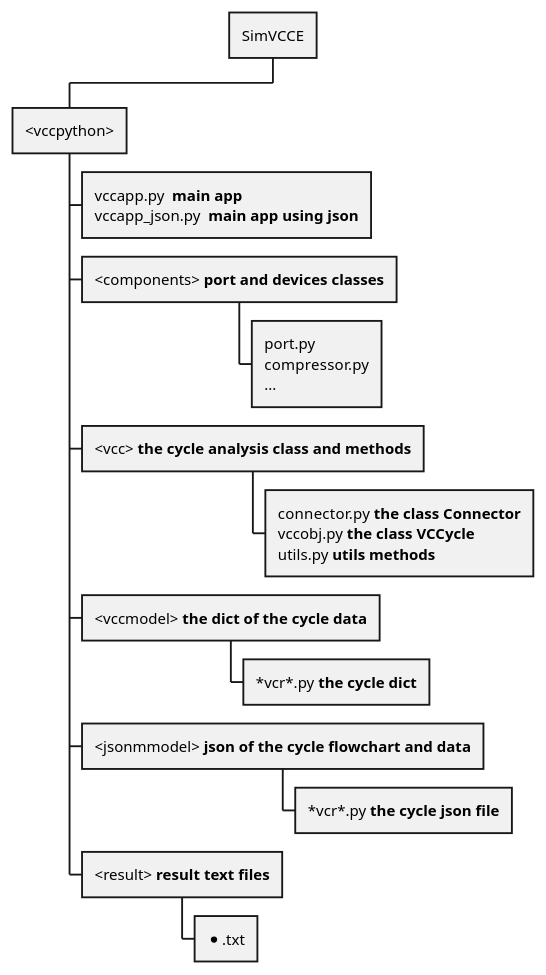
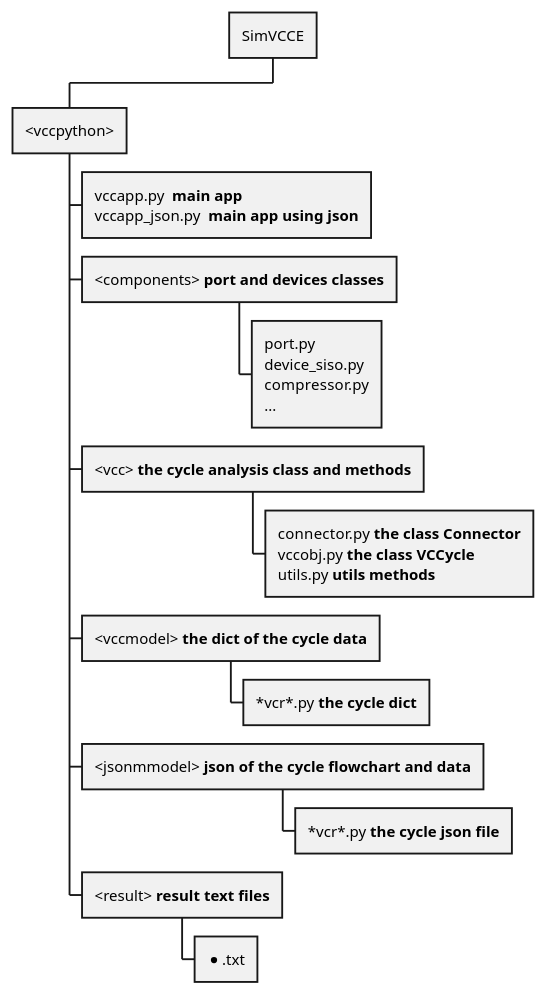
The diagram in doc/uml/puml/dir_tree.puml (thermalogic/SimVCCE), drawn with PlantUML before and after one commit. The commit also changed 54 other files, not shown here.

```diff
--- a/doc/uml/puml/dir_tree.puml
+++ b/doc/uml/puml/dir_tree.puml
@@ -1,15 +1,15 @@
 @startwbs
 * SimVCCE
 ** <vccpython>
 *** vccapp.py  **main app**\nvccapp_json.py  **main app using json**
 *** <components> **port and devices classes**
-**** port.py\ncompressor.py\n...       
+**** port.py\ndevice_siso.py\ncompressor.py\n...       
 *** <vcc> **the cycle analysis class and methods**
 ****  connector.py **the class Connector**\nvccobj.py **the class VCCycle**\nutils.py **utils methods**
 *** <vccmodel> **the dict of the cycle data**
 ****  *vcr*.py **the cycle dict**
 *** <jsonmmodel> **json of the cycle flowchart and data**
 ****  *vcr*.py **the cycle json file**
 *** <result> **result text files**
 ****  *.txt
 @endwbs
```
